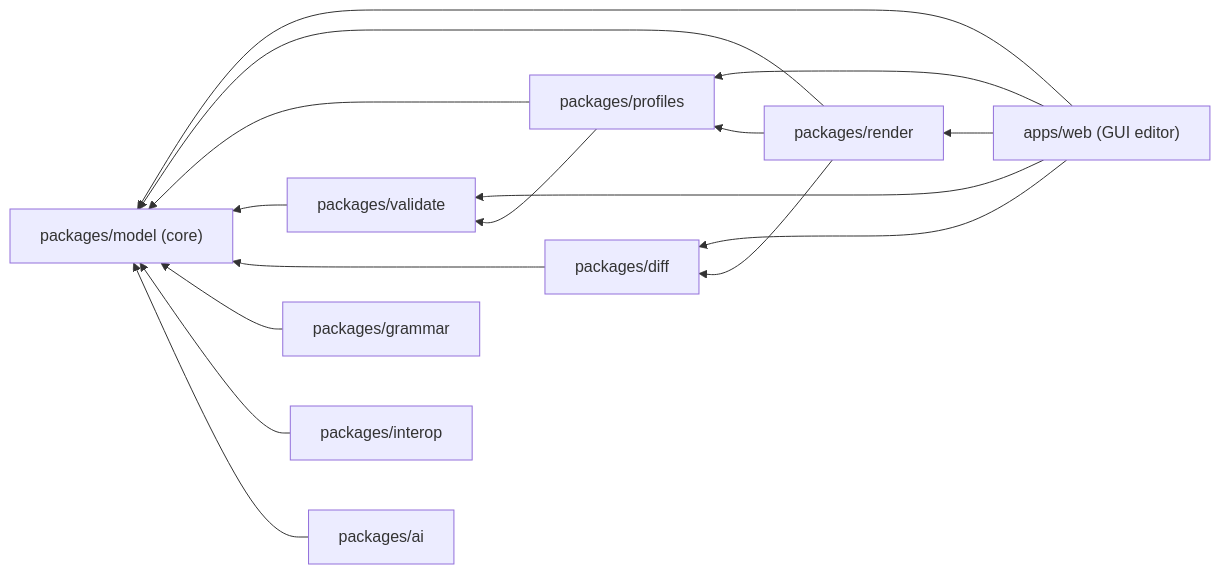
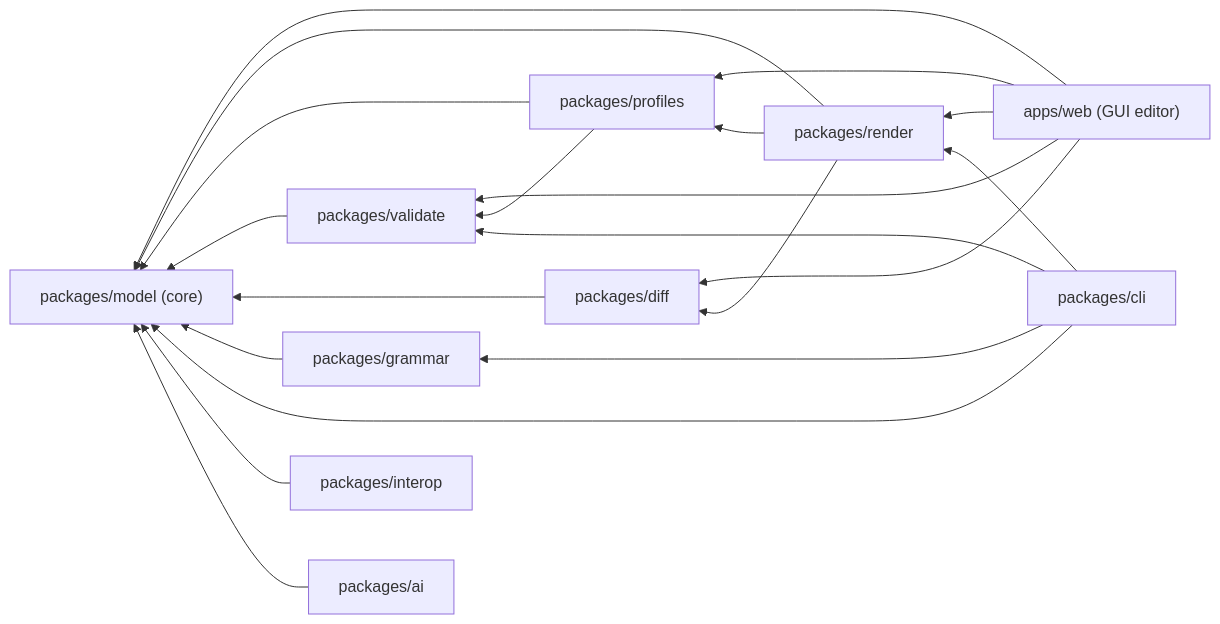
One commit to Pipeliner/psyuml changed the diagram in sdd/README.md. Above: the diagram before and after it, drawn with Mermaid. The commit also changed other lines of this file and 12 other files, not shown here.

First line of the commit message:
psyuml CLI: headless lint / render / convert (M9, REQ-TEXT-DSL)

````diff
--- a/sdd/README.md
+++ b/sdd/README.md
@@ -55,19 +55,23 @@
 ```mermaid
 flowchart RL
     web["apps/web (GUI editor)"] --> render
     web --> validate
     web --> profiles
     web --> diff
     web --> model
     render["packages/render"] --> profiles
     render --> diff
     render --> model
     profiles["packages/profiles"] --> validate
     profiles --> model
     validate["packages/validate"] --> model
     diff["packages/diff"] --> model
     grammar["packages/grammar"] --> model
+    cli["packages/cli"] --> validate
+    cli --> render
+    cli --> grammar
+    cli --> model
     interop["packages/interop"] --> model
     ai["packages/ai"] --> model
     model["packages/model (core)"]
 ```
````
